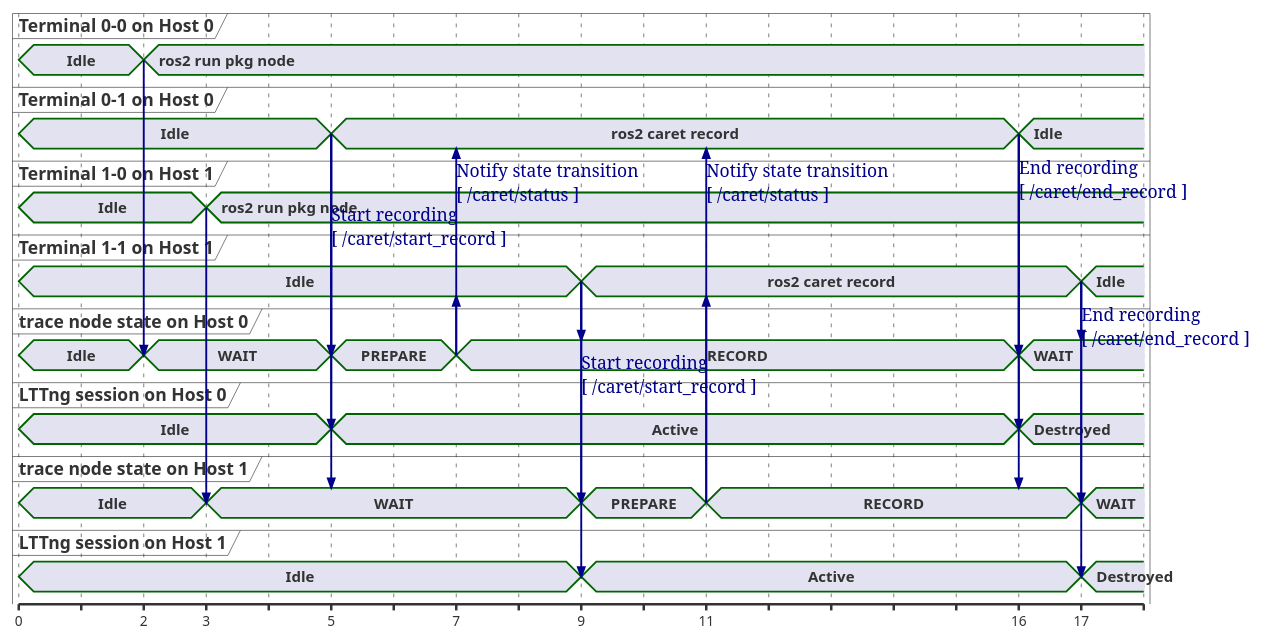
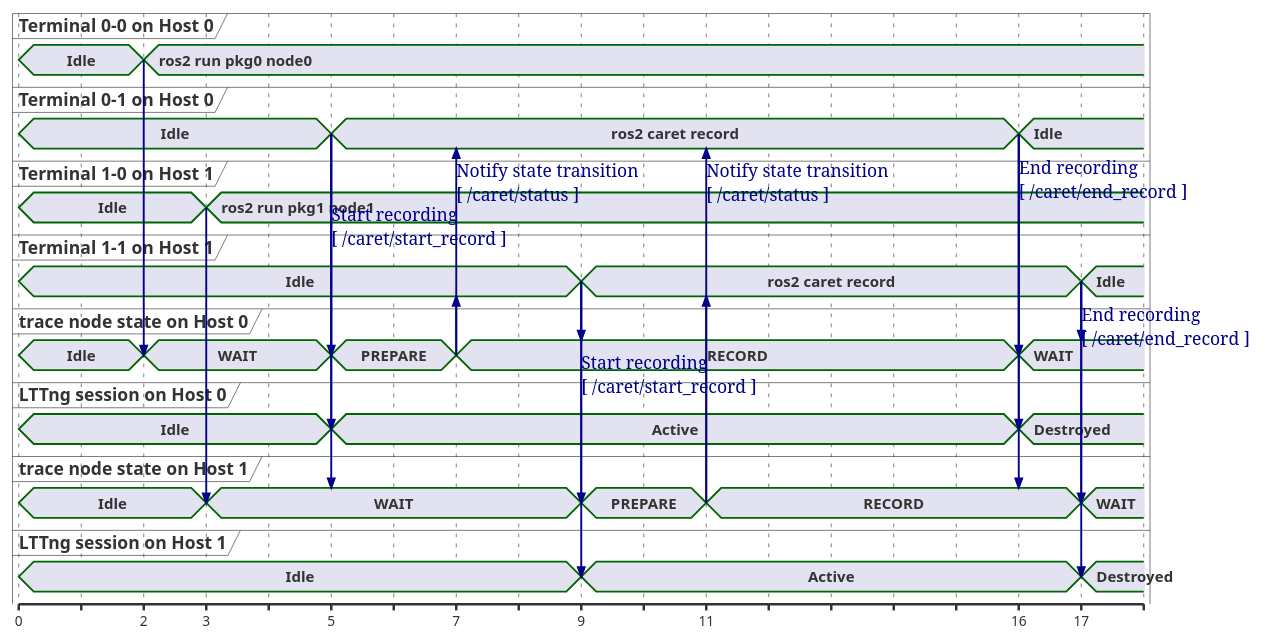
One commit to tier4/caret_doc changed the fourth of 7 diagrams in docs/design/runtime_processing/runtime_recording.md. Above: the diagram before and after it, drawn with PlantUML. The commit also changed other lines of this file, not shown here.

````diff
--- a/docs/design/runtime_processing/runtime_recording.md
+++ b/docs/design/runtime_processing/runtime_recording.md
@@ -171,72 +171,72 @@
 ```plantuml
 concise "Terminal 0-0 on Host 0" as User0_0
 concise "Terminal 0-1 on Host 0" as User0_1
 concise "Terminal 1-0 on Host 1" as User1_0
 concise "Terminal 1-1 on Host 1" as User1_1
 concise "trace node state on Host 0" as Hook0
 concise "LTTng session on Host 0" as Lttng0
 concise "trace node state on Host 1" as Hook1
 concise "LTTng session on Host 1" as Lttng1
 
 @0
 User0_0 is "Idle"
 User0_1 is "Idle"
 Hook0 is "Idle"
 Lttng0 is "Idle"
 User1_0 is "Idle"
 User1_1 is "Idle"
 Hook1 is "Idle"
 Lttng1 is "Idle"
 
 @2
-User0_0 is "ros2 run pkg node"
+User0_0 is "ros2 run pkg0 node0"
 Hook0 is WAIT
 User0_0 -> Hook0
 
 @3
-User1_0 is "ros2 run pkg node"
+User1_0 is "ros2 run pkg1 node1"
 Hook1 is WAIT
 User1_0 -> Hook1
 
 @5
 User0_1 is "ros2 caret record"
 Hook0 is PREPARE
 User0_1 -> Hook0 : Start recording \n[ /caret/start_record ]\n\n\n\n
 User0_1 -> Lttng0
 Lttng0 is "Active"
 User0_1 -> Hook1
 
 @7
 Hook0 is RECORD
 Hook0 -> User0_1 : Notify state transition \n[ /caret/status ]
 Hook0 -> User1_1
 
 @9
 User1_1 is "ros2 caret record"
 Hook1 is PREPARE
 User1_1 -> Hook1 : Start recording \n[ /caret/start_record ]\n\n\n\n
 User1_1 -> Lttng1
 Lttng1 is "Active"
 User1_1 -> Hook0
 
 @11
 Hook1 is RECORD
 Hook1 -> User1_1
 Hook1 -> User0_1 : Notify state transition \n[ /caret/status ]\n
 
 @16
 User0_1 is "Idle"
 Hook0 is WAIT
 User0_1 -> Hook0 : End recording \n[ /caret/end_record ]\n\n\n\n\n\n
 User0_1 -> Lttng0
 User0_1 -> Hook1
 Lttng0 is "Destroyed"
 
 @17
 User1_1 is "Idle"
 Hook1 is WAIT
 User1_1 -> Hook1 : End recording \n[ /caret/end_record ]\n\n\n\n\n\n
 User1_1 -> Lttng1
 User1_1 -> Hook0
 Lttng1 is "Destroyed"
 ```
````
